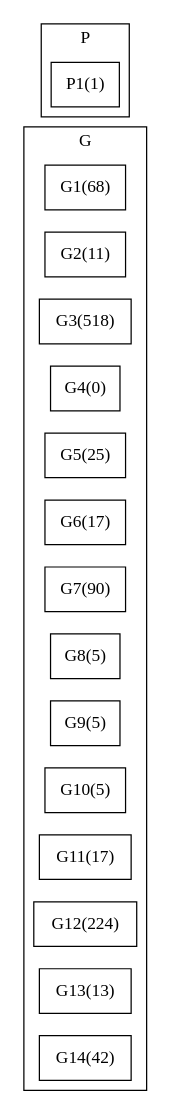
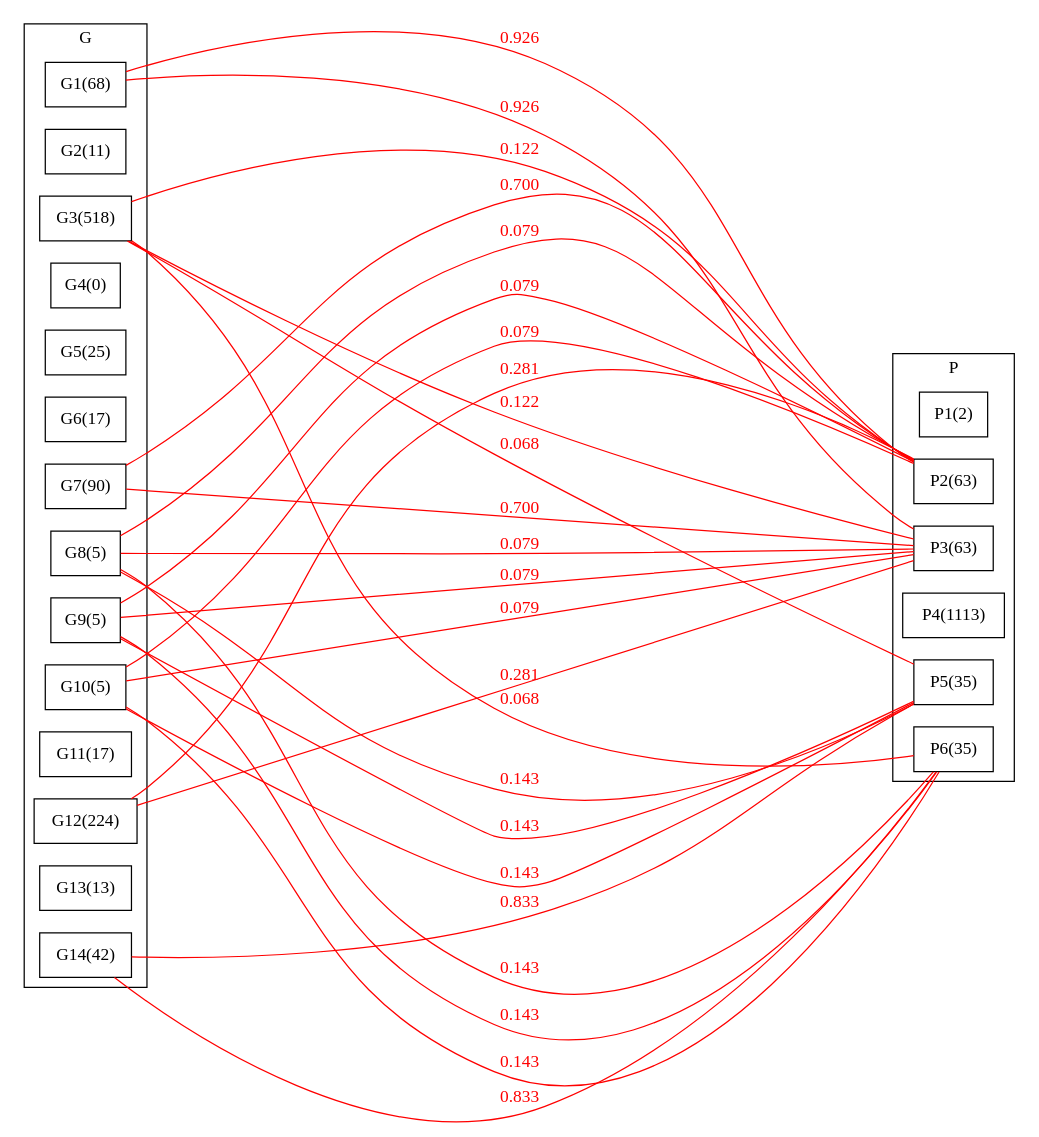
Before and after one commit to asanoja/segmentations: the diagram in evaluation/dot/BG_bom3_chrome_pandora_nla_gov_au_pan_140646_20130521-0756_www_abc_net_au_news_2013-05-14_obama-speaking-in-washington-dc_4688486_html.dot, drawn with Graphviz. The commit also changed 435 other files, not shown here.

```diff
--- a/evaluation/dot/BG_bom3_chrome_pandora_nla_gov_au_pan_140646_20130521-0756_www_abc_net_au_news_2013-05-14_obama-speaking-in-washington-dc_4688486_html.dot
+++ b/evaluation/dot/BG_bom3_chrome_pandora_nla_gov_au_pan_140646_20130521-0756_www_abc_net_au_news_2013-05-14_obama-speaking-in-washington-dc_4688486_html.dot
@@ -1,32 +1,61 @@
 strict graph BCG {
 rankdir=LR;
 splines=true;
 ranksep="8 equally";
 concentrate = true;
 node [shape=rectangle];
 subgraph cluster_G {
 label = "G";
 color=black;
 rank="same"
 G1 [label="G1(68)"];
 G2 [label="G2(11)"];
 G3 [label="G3(518)"];
 G4 [label="G4(0)"];
 G5 [label="G5(25)"];
 G6 [label="G6(17)"];
 G7 [label="G7(90)"];
 G8 [label="G8(5)"];
 G9 [label="G9(5)"];
 G10 [label="G10(5)"];
 G11 [label="G11(17)"];
 G12 [label="G12(224)"];
 G13 [label="G13(13)"];
 G14 [label="G14(42)"];
 }
 subgraph cluster_P {
 label = "P";
 color="black";
 rank="same"
-P1 [label="P1(1)"];
+P1 [label="P1(2)"];
+P2 [label="P2(63)"];
+P3 [label="P3(63)"];
+P4 [label="P4(1113)"];
+P5 [label="P5(35)"];
+P6 [label="P6(35)"];
 }
+G1 -- P2[label="0.926",color="red",fontcolor="red"];
+G1 -- P3[label="0.926",color="red",fontcolor="red"];
+G3 -- P2[label="0.122",color="red",fontcolor="red"];
+G3 -- P3[label="0.122",color="red",fontcolor="red"];
+G3 -- P5[label="0.068",color="red",fontcolor="red"];
+G3 -- P6[label="0.068",color="red",fontcolor="red"];
+G7 -- P2[label="0.700",color="red",fontcolor="red"];
+G7 -- P3[label="0.700",color="red",fontcolor="red"];
+G8 -- P2[label="0.079",color="red",fontcolor="red"];
+G8 -- P3[label="0.079",color="red",fontcolor="red"];
+G8 -- P5[label="0.143",color="red",fontcolor="red"];
+G8 -- P6[label="0.143",color="red",fontcolor="red"];
+G9 -- P2[label="0.079",color="red",fontcolor="red"];
+G9 -- P3[label="0.079",color="red",fontcolor="red"];
+G9 -- P5[label="0.143",color="red",fontcolor="red"];
+G9 -- P6[label="0.143",color="red",fontcolor="red"];
+G10 -- P2[label="0.079",color="red",fontcolor="red"];
+G10 -- P3[label="0.079",color="red",fontcolor="red"];
+G10 -- P5[label="0.143",color="red",fontcolor="red"];
+G10 -- P6[label="0.143",color="red",fontcolor="red"];
+G12 -- P2[label="0.281",color="red",fontcolor="red"];
+G12 -- P3[label="0.281",color="red",fontcolor="red"];
+G14 -- P5[label="0.833",color="red",fontcolor="red"];
+G14 -- P6[label="0.833",color="red",fontcolor="red"];
 }
```
